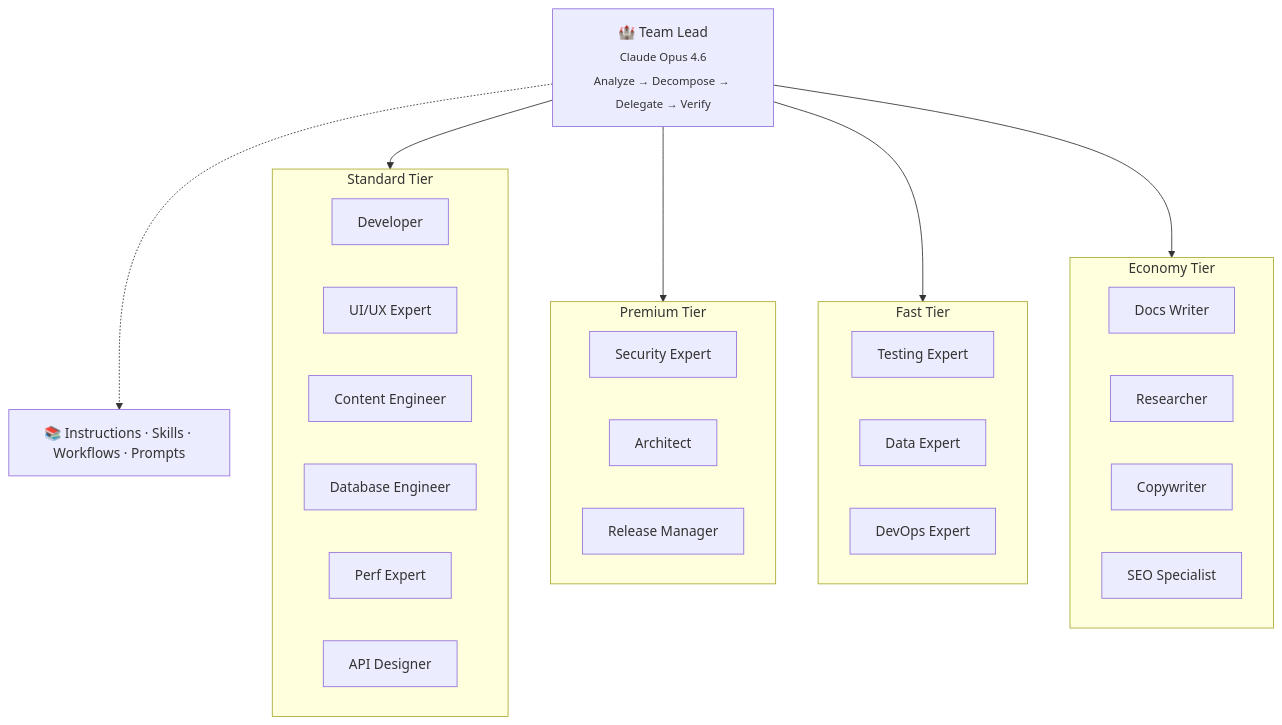
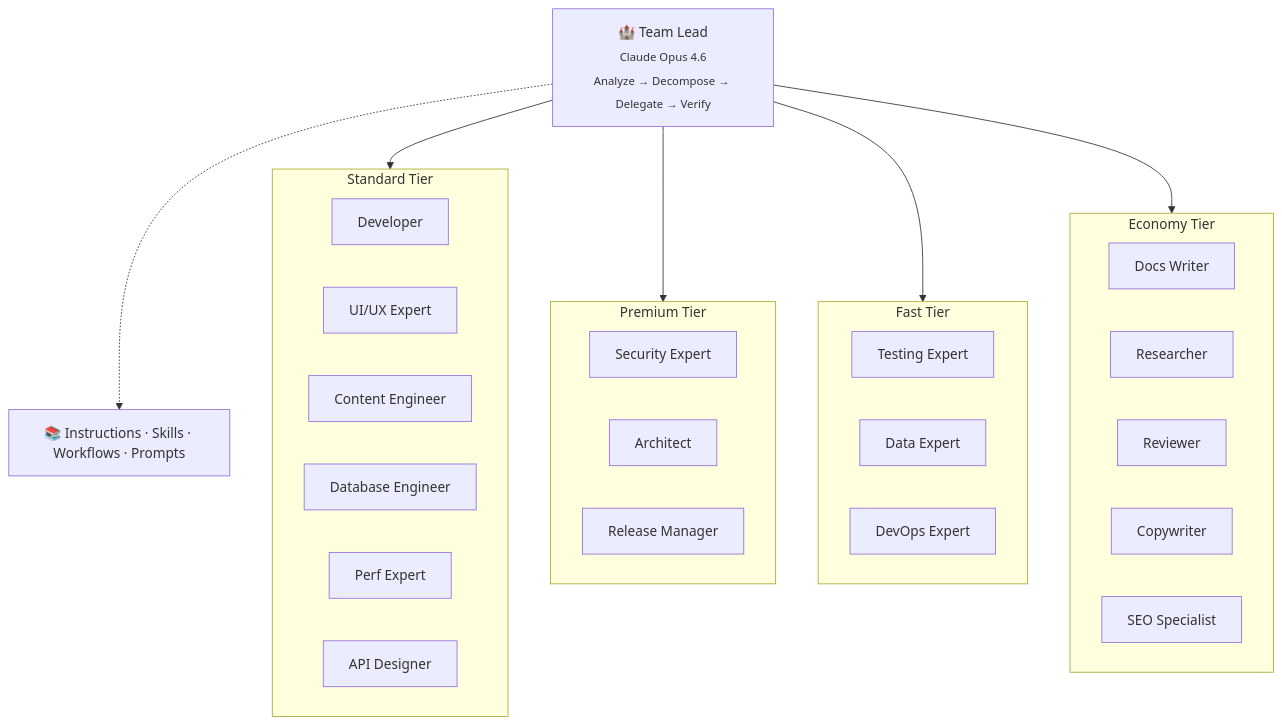
One commit to etylsarin/opencastle changed the diagram in README.md. Above: the diagram before and after it, drawn with Mermaid. The commit also changed other lines of this file and 13 other files, not shown here.

````diff
--- a/README.md
+++ b/README.md
@@ -119,40 +119,41 @@
 ```mermaid
 graph TB
     TL["🏰 Team Lead<br/><sub>Claude Opus 4.6</sub><br/><sub>Analyze → Decompose → Delegate → Verify</sub>"]
 
     subgraph Standard["Standard Tier"]
         DEV[Developer]
         UI[UI/UX Expert]
         CE[Content Engineer]
         DB[Database Engineer]
         PERF[Perf Expert]
         API[API Designer]
     end
 
     subgraph Premium["Premium Tier"]
         SEC[Security Expert]
         ARCH[Architect]
         RM[Release Manager]
     end
 
     subgraph Fast["Fast Tier"]
         TEST[Testing Expert]
         DATA[Data Expert]
         DEVOPS[DevOps Expert]
     end
 
     subgraph Economy["Economy Tier"]
         DOCS[Docs Writer]
         RES[Researcher]
+        REV[Reviewer]
         COPY[Copywriter]
         SEO[SEO Specialist]
     end
 
     TL --> Standard
     TL --> Premium
     TL --> Fast
     TL --> Economy
 
     KB["📚 Instructions · Skills · Workflows · Prompts"]
     TL -.-> KB
 ```
````
